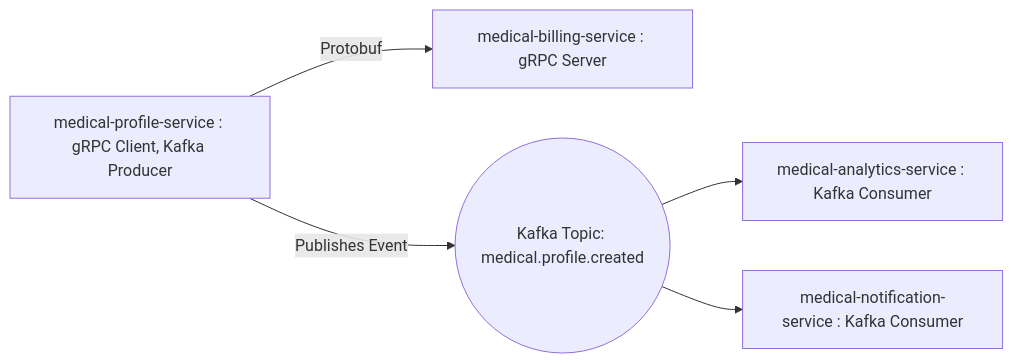
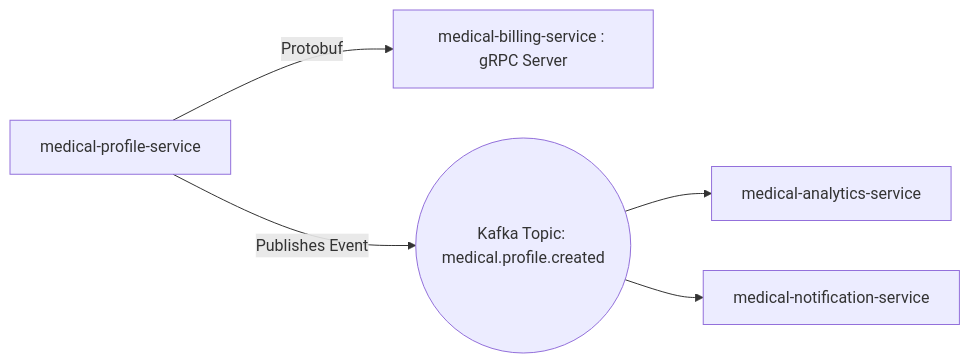
One commit to PritiAryal/MediCore changed the first of 2 diagrams in README.md. Above: the diagram before and after it, drawn with Mermaid.

````diff
--- a/README.md
+++ b/README.md
@@ -362,7 +362,7 @@
 ```mermaid
 graph LR
-    A[medical-profile-service : gRPC Client, Kafka Producer] -- Protobuf --> B[medical-billing-service : gRPC Server]
+    A[medical-profile-service] -- Protobuf --> B[medical-billing-service : gRPC Server]
     A -- Publishes Event --> C((Kafka Topic: medical.profile.created))
-    C --> D[medical-analytics-service : Kafka Consumer]
-    C --> E[medical-notification-service : Kafka Consumer]
+    C --> D[medical-analytics-service]
+    C --> E[medical-notification-service]
 ```
````
